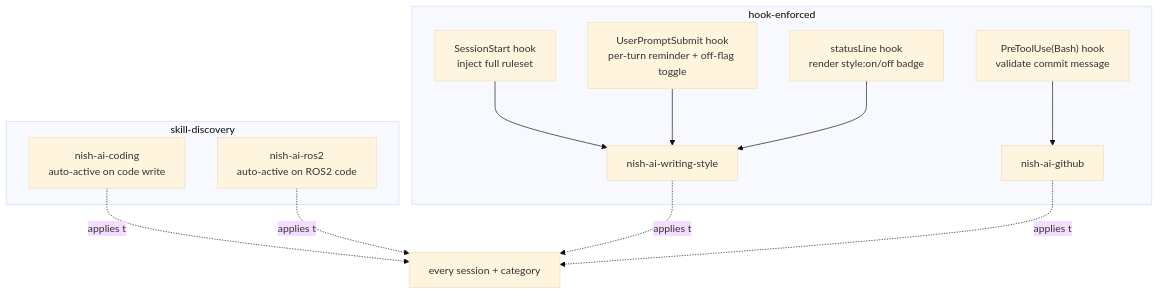
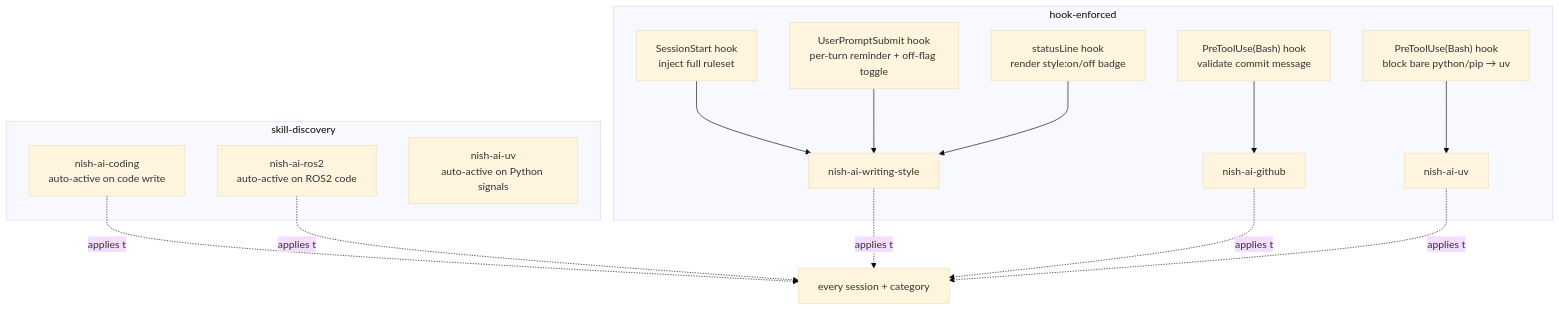
The third of 3 diagrams in README.md (ubunish/nish-ai), drawn with Mermaid (base theme) before and after one commit. The commit also changed other lines of this file, not shown here.

Commit message:
docs: document nish-ai-uv skill

````diff
--- a/README.md
+++ b/README.md
@@ -135,21 +143,25 @@
 ```mermaid
 flowchart TD
     subgraph hook["hook-enforced"]
         SS["SessionStart hook<br/>inject full ruleset"]
         UP["UserPromptSubmit hook<br/>per-turn reminder + off-flag toggle"]
         SL["statusLine hook<br/>render style:on/off badge"]
         PV["PreToolUse(Bash) hook<br/>validate commit message"]
+        PU["PreToolUse(Bash) hook<br/>block bare python/pip → uv"]
         SS --> WS["nish-ai-writing-style"]
         UP --> WS
         SL --> WS
         PV --> GH["nish-ai-github"]
+        PU --> UV["nish-ai-uv"]
     end
     subgraph disc["skill-discovery"]
         CD["nish-ai-coding<br/>auto-active on code write"]
         RO["nish-ai-ros2<br/>auto-active on ROS2 code"]
+        UVD["nish-ai-uv<br/>auto-active on Python signals"]
     end
     WS -.applies to.-> ALL["every session + category"]
     CD -.applies to.-> ALL
     RO -.applies to.-> ALL
     GH -.applies to.-> ALL
+    UV -.applies to.-> ALL
 ```
````
